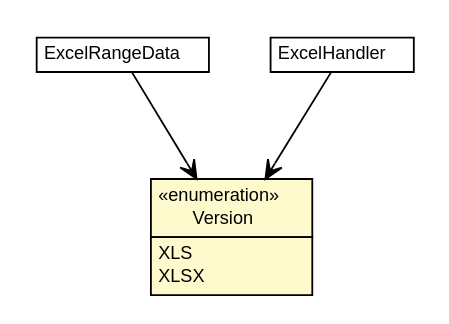
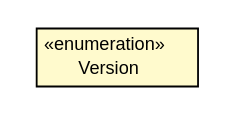
One commit to dayatang/dddlib changed the diagram in dddlib-excel/apidocs/org/dayatang/excel/Version.dot. Above: the diagram before and after it, drawn with Graphviz. The commit also changed 120 other files, not shown here.

```diff
--- a/dddlib-excel/apidocs/org/dayatang/excel/Version.dot
+++ b/dddlib-excel/apidocs/org/dayatang/excel/Version.dot
@@ -1,39 +1,19 @@
 #!/usr/local/bin/dot
 #
 # Class diagram 
 # Generated by UMLGraph version R5_6_6-8-g8d7759 (http://www.umlgraph.org/)
 #
 
 digraph G {
 	edge [fontname="Helvetica",fontsize=10,labelfontname="Helvetica",labelfontsize=10];
 	node [fontname="Helvetica",fontsize=10,shape=plaintext];
 	nodesep=0.25;
 	ranksep=0.5;
 	// org.dayatang.excel.Version
-	c91 [label=<<table title="org.dayatang.excel.Version" border="0" cellborder="1" cellspacing="0" cellpadding="2" port="p" bgcolor="lemonChiffon" href="./Version.html">
+	c68 [label=<<table title="org.dayatang.excel.Version" border="0" cellborder="1" cellspacing="0" cellpadding="2" port="p" bgcolor="lemonChiffon" href="./Version.html">
 		<tr><td><table border="0" cellspacing="0" cellpadding="1">
 <tr><td align="center" balign="center"> &#171;enumeration&#187; </td></tr>
 <tr><td align="center" balign="center"> Version </td></tr>
 		</table></td></tr>
-		<tr><td><table border="0" cellspacing="0" cellpadding="1">
-<tr><td align="left" balign="left"> XLS </td></tr>
-<tr><td align="left" balign="left"> XLSX </td></tr>
-		</table></td></tr>
 		</table>>, URL="./Version.html", fontname="Helvetica", fontcolor="black", fontsize=10.0];
-	// org.dayatang.excel.ExcelRangeData
-	c93 [label=<<table title="org.dayatang.excel.ExcelRangeData" border="0" cellborder="1" cellspacing="0" cellpadding="2" port="p" href="./ExcelRangeData.html">
-		<tr><td><table border="0" cellspacing="0" cellpadding="1">
-<tr><td align="center" balign="center"> ExcelRangeData </td></tr>
-		</table></td></tr>
-		</table>>, URL="./ExcelRangeData.html", fontname="Helvetica", fontcolor="black", fontsize=10.0];
-	// org.dayatang.excel.ExcelHandler
-	c95 [label=<<table title="org.dayatang.excel.ExcelHandler" border="0" cellborder="1" cellspacing="0" cellpadding="2" port="p" href="./ExcelHandler.html">
-		<tr><td><table border="0" cellspacing="0" cellpadding="1">
-<tr><td align="center" balign="center"> ExcelHandler </td></tr>
-		</table></td></tr>
-		</table>>, URL="./ExcelHandler.html", fontname="Helvetica", fontcolor="black", fontsize=10.0];
-	// org.dayatang.excel.ExcelRangeData NAVASSOC org.dayatang.excel.Version
-	c93:p -> c91:p [taillabel="", label=" "headlabel="", fontname="Helvetica", fontcolor="black", fontsize=10.0, color="black", arrowhead=open];
-	// org.dayatang.excel.ExcelHandler NAVASSOC org.dayatang.excel.Version
-	c95:p -> c91:p [taillabel="", label=" "headlabel="", fontname="Helvetica", fontcolor="black", fontsize=10.0, color="black", arrowhead=open];
 }
```
